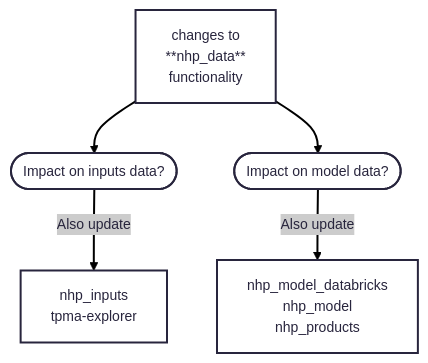
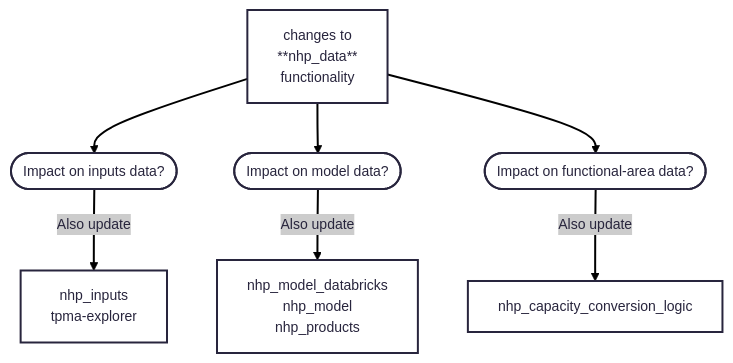
Before and after one commit to The-Strategy-Unit/nhp_products: the second of 2 diagrams in docs/wiki/Repo-interrelationships.md, drawn with Mermaid. The commit also changed 11 other files, not shown here.

````diff
--- a/docs/wiki/Repo-interrelationships.md
+++ b/docs/wiki/Repo-interrelationships.md
@@ -16,13 +16,14 @@
 ```mermaid
 ---
 config:
   theme: redux
   layout: dagre
   look: classic
 ---
 flowchart TD
-    n1["changes to <br>**nhp_data**<br>functionality"] -->  n2(["Impact on inputs data?"]) & n4(["Impact on model data?"])
+    n1["changes to <br>**nhp_data**<br>functionality"] -->  n2(["Impact on inputs data?"]) & n4(["Impact on model data?"]) & n8(["Impact on functional-area data?"])
     n2 -- Also update --> n6["nhp_inputs<br>tpma-explorer<br>"]
     n4 -- Also update --> n7["nhp_model_databricks<br>nhp_model<br> nhp_products"]
+    n8 -- Also update --> n9["nhp_capacity_conversion_logic"]
     n1@{ shape: rect}
 ```
````
